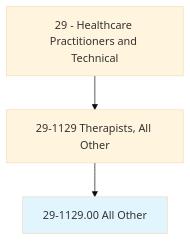
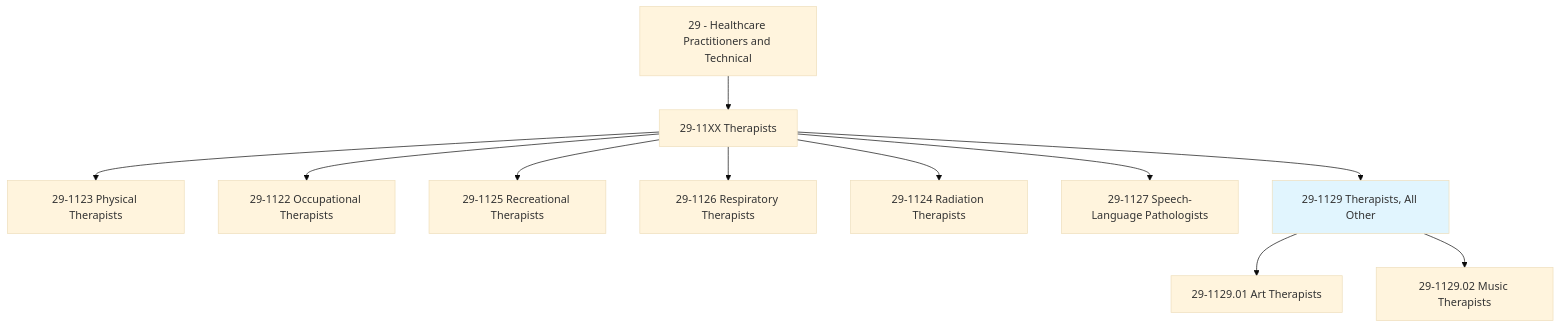
The first of 4 diagrams in occupations/HealthcarePractitioners/Therapists.mdx (kziemski/business.org.ai), drawn with Mermaid (base theme) before and after one commit. The commit also changed other lines of this file and 885 other files, not shown here.

````diff
--- a/occupations/HealthcarePractitioners/Therapists.mdx
+++ b/occupations/HealthcarePractitioners/Therapists.mdx
@@ -23,6 +23,14 @@
 ```mermaid
 graph TD
-    Cat29["29 - Healthcare Practitioners and Technical"] --> Group291129["29-1129 Therapists, All Other"]
-    Group291129 --> Current["29-1129.00 All Other"]
+    Cat29["29 - Healthcare Practitioners and Technical"] --> Group291["29-11XX Therapists"]
+    Group291 --> PT["29-1123 Physical Therapists"]
+    Group291 --> OT["29-1122 Occupational Therapists"]
+    Group291 --> RT["29-1125 Recreational Therapists"]
+    Group291 --> RespT["29-1126 Respiratory Therapists"]
+    Group291 --> RadT["29-1124 Radiation Therapists"]
+    Group291 --> SLP["29-1127 Speech-Language Pathologists"]
+    Group291 --> Current["29-1129 Therapists, All Other"]
+    Current --> Art["29-1129.01 Art Therapists"]
+    Current --> Music["29-1129.02 Music Therapists"]
     style Current fill:#e1f5fe
 ```
````
